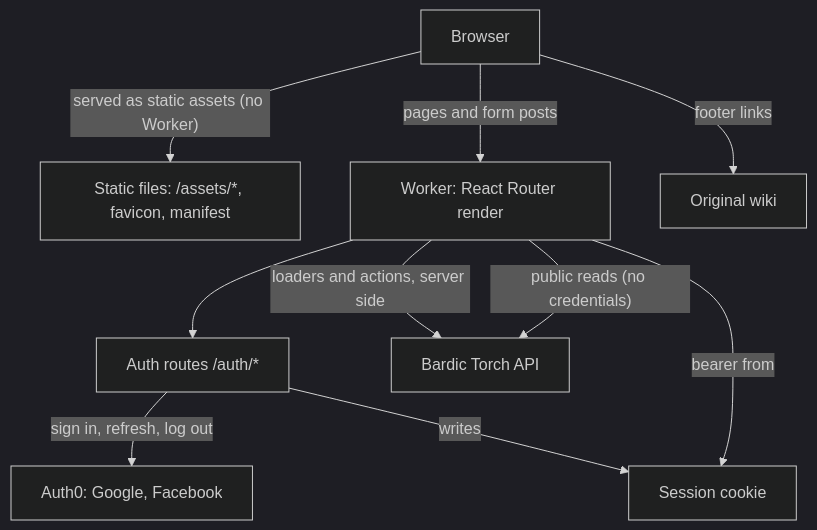
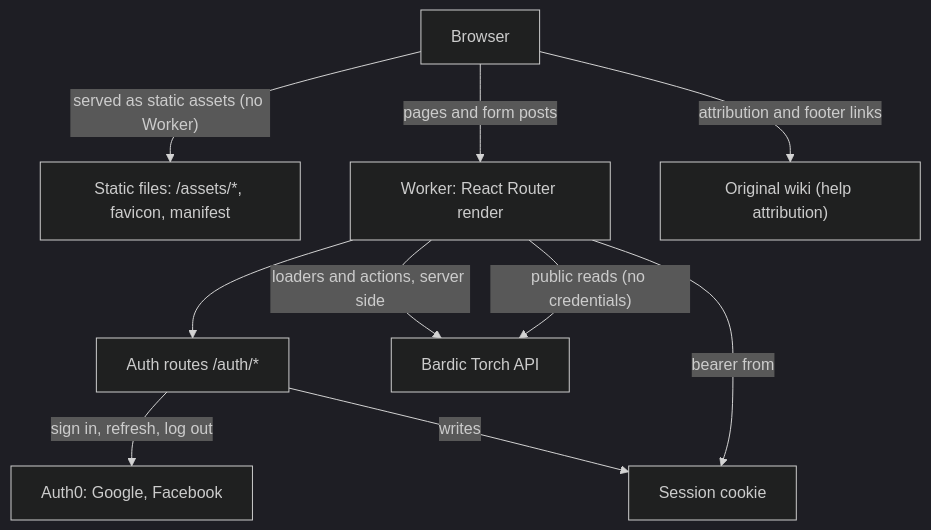
One commit to jbeshir/bardic-torch-fe changed the diagram in README.md. Above: the diagram before and after it, drawn with Mermaid (dark theme). The commit also changed other lines of this file and 92 other files, not shown here.

````diff
--- a/README.md
+++ b/README.md
@@ -62,21 +63,21 @@
 ```mermaid
 flowchart TD
     Browser["Browser"]
     Static["Static files: /assets/*, favicon, manifest"]
     Worker["Worker: React Router render"]
     Auth["Auth routes /auth/*"]
     Session["Session cookie"]
     Auth0["Auth0: Google, Facebook"]
     API["Bardic Torch API"]
-    Wiki["Original wiki"]
+    Wiki["Original wiki (help attribution)"]
 
     Browser -- "served as static assets (no Worker)" --> Static
     Browser -- "pages and form posts" --> Worker
     Worker --> Auth
     Auth -- "sign in, refresh, log out" --> Auth0
     Auth -- "writes" --> Session
     Worker -- "bearer from" --> Session
     Worker -- "loaders and actions, server side" --> API
     Worker -- "public reads (no credentials)" --> API
-    Browser -- "footer links" --> Wiki
+    Browser -- "attribution and footer links" --> Wiki
 ```
````
